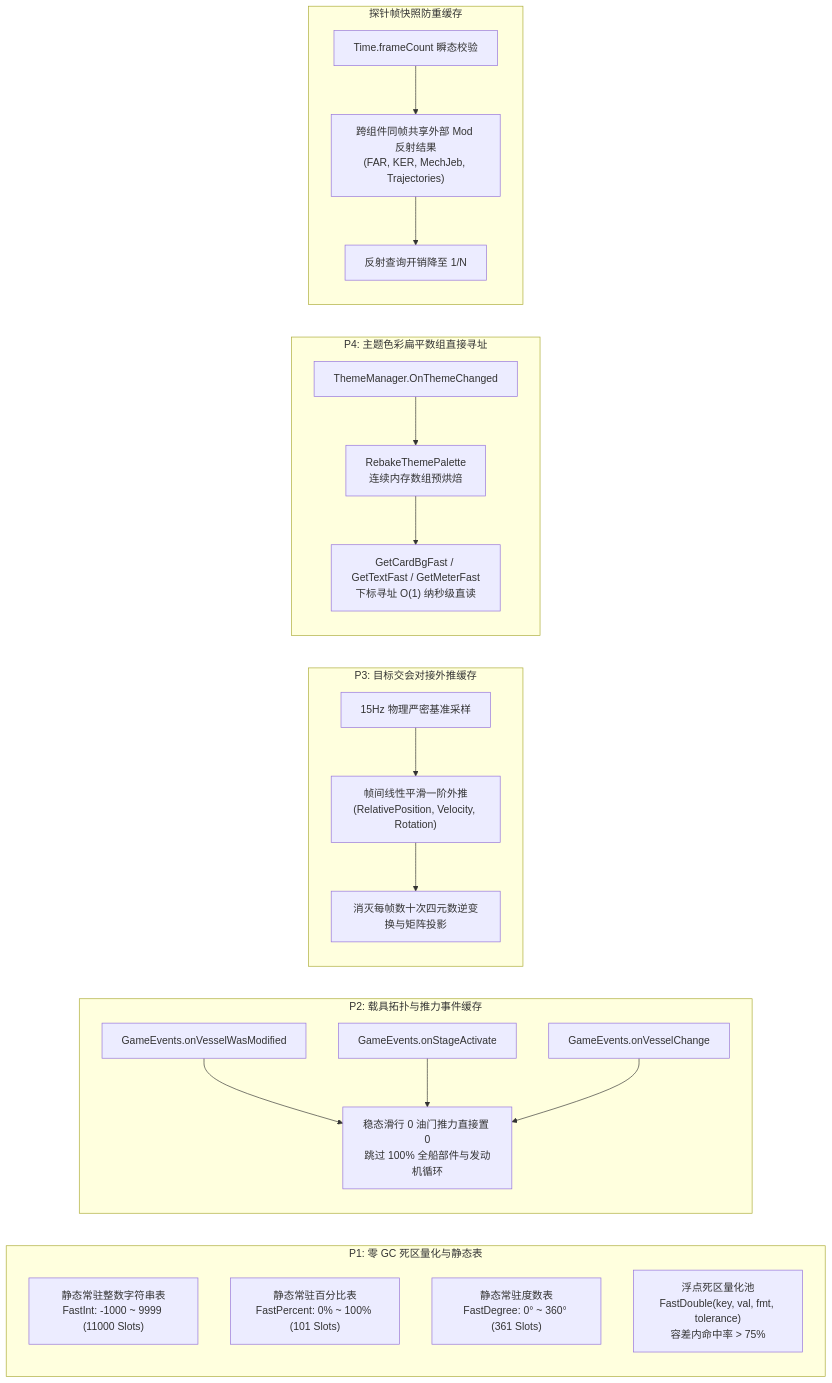
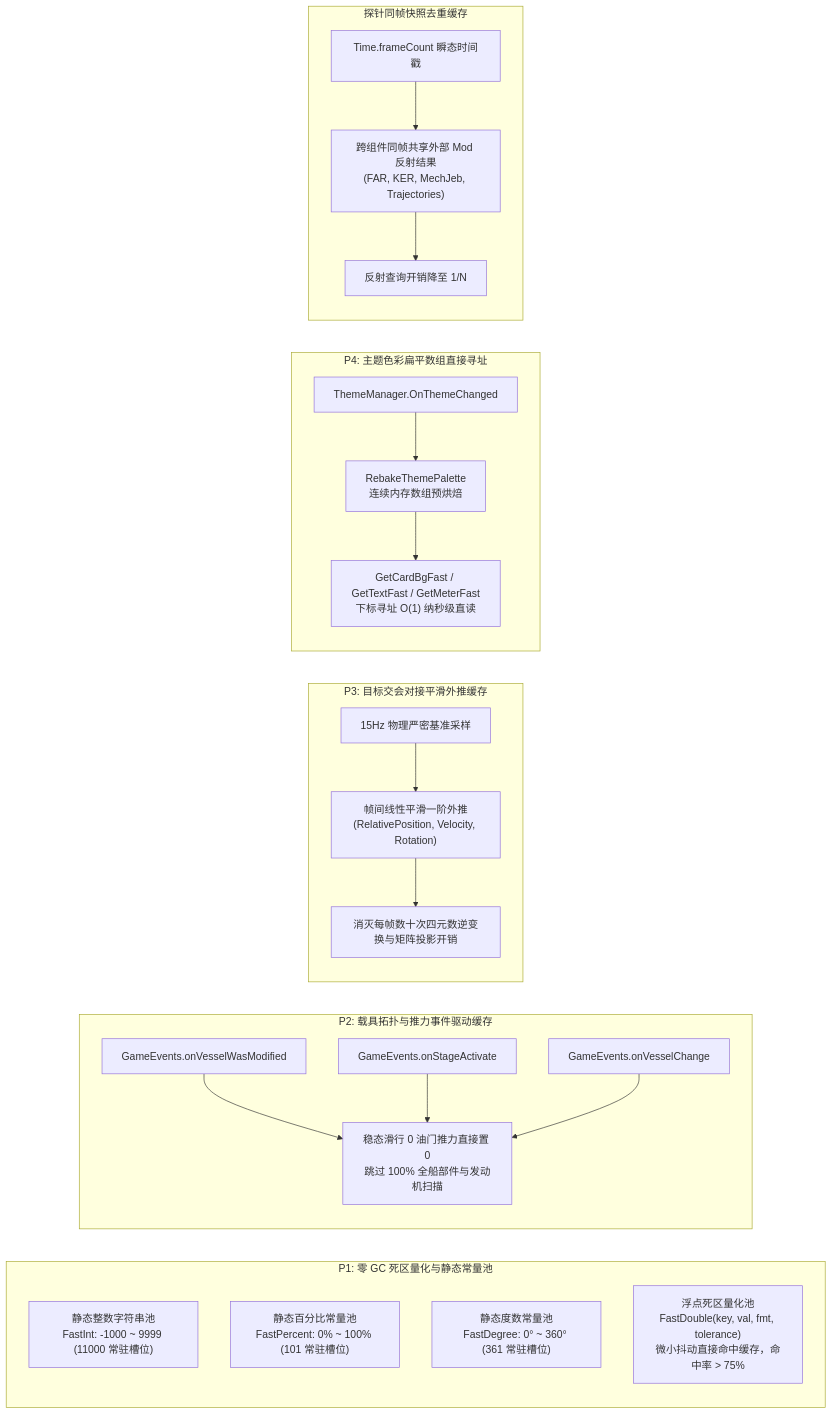
One commit to DiaoDaiaChan/KSP_ModularFlightPanel changed the third of 7 diagrams in ARCHITECTURE.md. Above: the diagram before and after it, drawn with Mermaid. The commit also changed other lines of this file and 3 other files, not shown here.

````diff
--- a/ARCHITECTURE.md
+++ b/ARCHITECTURE.md
@@ -132,43 +176,43 @@
 ```mermaid
 graph LR
-    subgraph P1["P1: 零 GC 死区量化与静态表"]
+    subgraph P1["P1: 零 GC 死区量化与静态常量池"]
         direction TB
-        T1["静态常驻整数字符串表<br/>FastInt: -1000 ~ 9999 (11000 Slots)"]
-        T2["静态常驻百分比表<br/>FastPercent: 0% ~ 100% (101 Slots)"]
-        T3["静态常驻度数表<br/>FastDegree: 0° ~ 360° (361 Slots)"]
-        T4["浮点死区量化池<br/>FastDouble(key, val, fmt, tolerance)<br/>容差内命中率 > 75%"]
+        T1["静态整数字符串池<br/>FastInt: -1000 ~ 9999 (11000 常驻槽位)"]
+        T2["静态百分比常量池<br/>FastPercent: 0% ~ 100% (101 常驻槽位)"]
+        T3["静态度数常量池<br/>FastDegree: 0° ~ 360° (361 常驻槽位)"]
+        T4["浮点死区量化池<br/>FastDouble(key, val, fmt, tolerance)<br/>微小抖动直接命中缓存，命中率 > 75%"]
     end
 
-    subgraph P2["P2: 载具拓扑与推力事件缓存"]
+    subgraph P2["P2: 载具拓扑与推力事件驱动缓存"]
         direction TB
         E1["GameEvents.onVesselWasModified"]
         E2["GameEvents.onStageActivate"]
         E3["GameEvents.onVesselChange"]
-        E_Logic["稳态滑行 0 油门推力直接置 0<br/>跳过 100% 全船部件与发动机循环"]
+        E_Logic["稳态滑行 0 油门推力直接置 0<br/>跳过 100% 全船部件与发动机扫描"]
         E1 & E2 & E3 --> E_Logic
     end
 
-    subgraph P3["P3: 目标交会对接外推缓存"]
+    subgraph P3["P3: 目标交会对接平滑外推缓存"]
         direction TB
         K1["15Hz 物理严密基准采样"]
         K2["帧间线性平滑一阶外推<br/>(RelativePosition, Velocity, Rotation)"]
-        K3["消灭每帧数十次四元数逆变换与矩阵投影"]
+        K3["消灭每帧数十次四元数逆变换与矩阵投影开销"]
         K1 --> K2 --> K3
     end
 
     subgraph P4["P4: 主题色彩扁平数组直接寻址"]
         direction TB
         C1["ThemeManager.OnThemeChanged"]
         C2["RebakeThemePalette<br/>连续内存数组预烘焙"]
         C3["GetCardBgFast / GetTextFast / GetMeterFast<br/>下标寻址 O(1) 纳秒级直读"]
         C1 --> C2 --> C3
     end
 
-    subgraph ProbeCache["探针帧快照防重缓存"]
+    subgraph ProbeCache["探针同帧快照去重缓存"]
         direction TB
-        PC1["Time.frameCount 瞬态校验"]
+        PC1["Time.frameCount 瞬态时间戳"]
         PC2["跨组件同帧共享外部 Mod 反射结果<br/>(FAR, KER, MechJeb, Trajectories)"]
         PC3["反射查询开销降至 1/N"]
         PC1 --> PC2 --> PC3
     end
 ```
````
